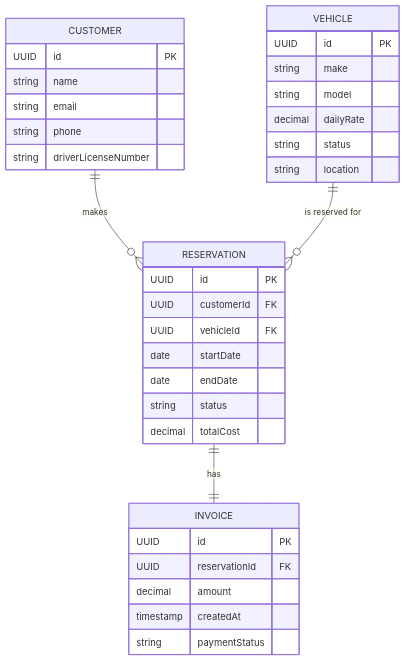
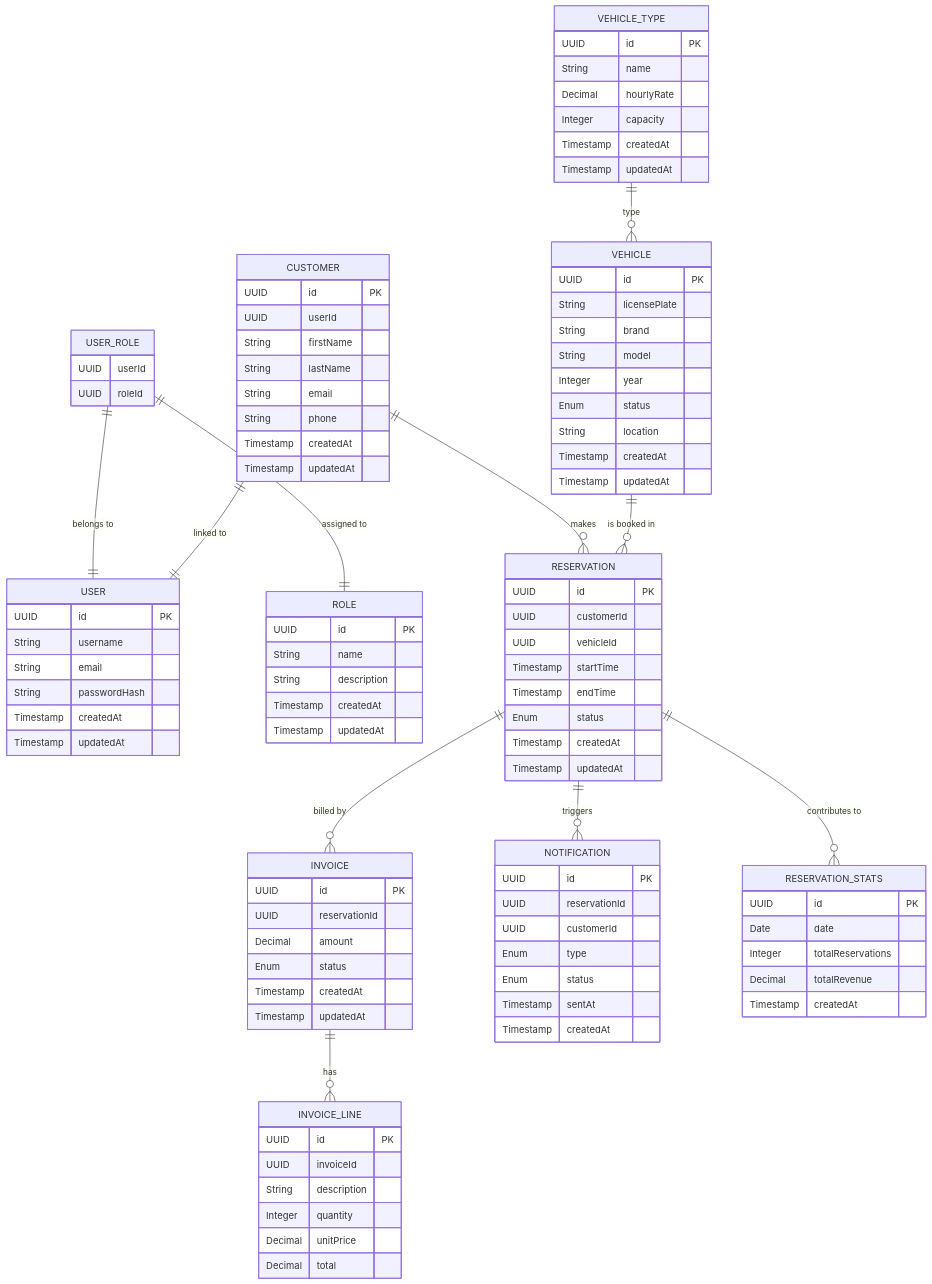
The first of 2 diagrams in docs/dataModel/dataModel.md (MihaiCatalin97/mentorship-project-2025), drawn with Mermaid before and after one commit. The commit also changed other lines of this file and 5 other files, not shown here.

````diff
--- a/docs/dataModel/dataModel.md
+++ b/docs/dataModel/dataModel.md
@@ -3,41 +3,137 @@
 ```mermaid
 erDiagram
+
+%% ====================
+%% Auth Service DB
+%% ====================
+    USER {
+        UUID id PK
+        String username
+        String email
+        String passwordHash
+        Timestamp createdAt
+        Timestamp updatedAt
+    }
+
+    ROLE {
+        UUID id PK
+        String name
+        String description
+        Timestamp createdAt
+        Timestamp updatedAt
+    }
+
+    USER_ROLE {
+        UUID userId
+        UUID roleId
+    }
+
+    USER_ROLE ||--|| USER: "belongs to"
+    USER_ROLE ||--|| ROLE: "assigned to"
+%% ====================
+%% Customer Service DB
+%% ====================
     CUSTOMER {
         UUID id PK
-        string name
-        string email
-        string phone
-        string driverLicenseNumber
+        UUID userId
+        String firstName
+        String lastName
+        String email
+        String phone
+        Timestamp createdAt
+        Timestamp updatedAt
+    }
+
+    CUSTOMER ||--|| USER: "linked to"
+%% ====================
+%% Vehicle Service DB
+%% ====================
+    VEHICLE_TYPE {
+        UUID id PK
+        String name
+        Decimal hourlyRate
+        Integer capacity
+        Timestamp createdAt
+        Timestamp updatedAt
     }
 
     VEHICLE {
         UUID id PK
-        string make
-        string model
-        decimal dailyRate
-        string status
-        string location
+        String licensePlate
+        String brand
+        String model
+        Integer year
+        Enum status
+        String location
+        Timestamp createdAt
+        Timestamp updatedAt
     }
 
+    VEHICLE_TYPE ||--o{ VEHICLE: "type"
+%% ====================
+%% Reservation Service DB
+%% ====================
     RESERVATION {
         UUID id PK
-        UUID customerId FK
-        UUID vehicleId FK
-        date startDate
-        date endDate
-        string status
-        decimal totalCost
-    }
-
-    INVOICE {
-        UUID id PK
-        UUID reservationId FK
-        decimal amount
-        timestamp createdAt
-        string paymentStatus
+        UUID customerId
+        UUID vehicleId
+        Timestamp startTime
+        Timestamp endTime
+        Enum status
+        Timestamp createdAt
+        Timestamp updatedAt
     }
 
     CUSTOMER ||--o{ RESERVATION: "makes"
-    VEHICLE ||--o{ RESERVATION: "is reserved for"
-    RESERVATION ||--|| INVOICE: "has"
+    VEHICLE ||--o{ RESERVATION: "is booked in"
+%% ====================
+%% Billing Service DB
+%% ====================
+    INVOICE {
+        UUID id PK
+        UUID reservationId
+        Decimal amount
+        Enum status
+        Timestamp createdAt
+        Timestamp updatedAt
+    }
+
+    INVOICE_LINE {
+        UUID id PK
+        UUID invoiceId
+        String description
+        Integer quantity
+        Decimal unitPrice
+        Decimal total
+    }
+
+    INVOICE ||--o{ INVOICE_LINE: "has"
+    RESERVATION ||--o{ INVOICE: "billed by"
+%% ====================
+%% Notification Service DB
+%% ====================
+    NOTIFICATION {
+        UUID id PK
+        UUID reservationId
+        UUID customerId
+        Enum type
+        Enum status
+        Timestamp sentAt
+        Timestamp createdAt
+    }
+
+    RESERVATION ||--o{ NOTIFICATION: "triggers"
+%% ====================
+%% Analytics Service DB
+%% ====================
+    RESERVATION_STATS {
+        UUID id PK
+        Date date
+        Integer totalReservations
+        Decimal totalRevenue
+        Timestamp createdAt
+    }
+
+    RESERVATION ||--o{ RESERVATION_STATS: "contributes to"
+
 ```
````
